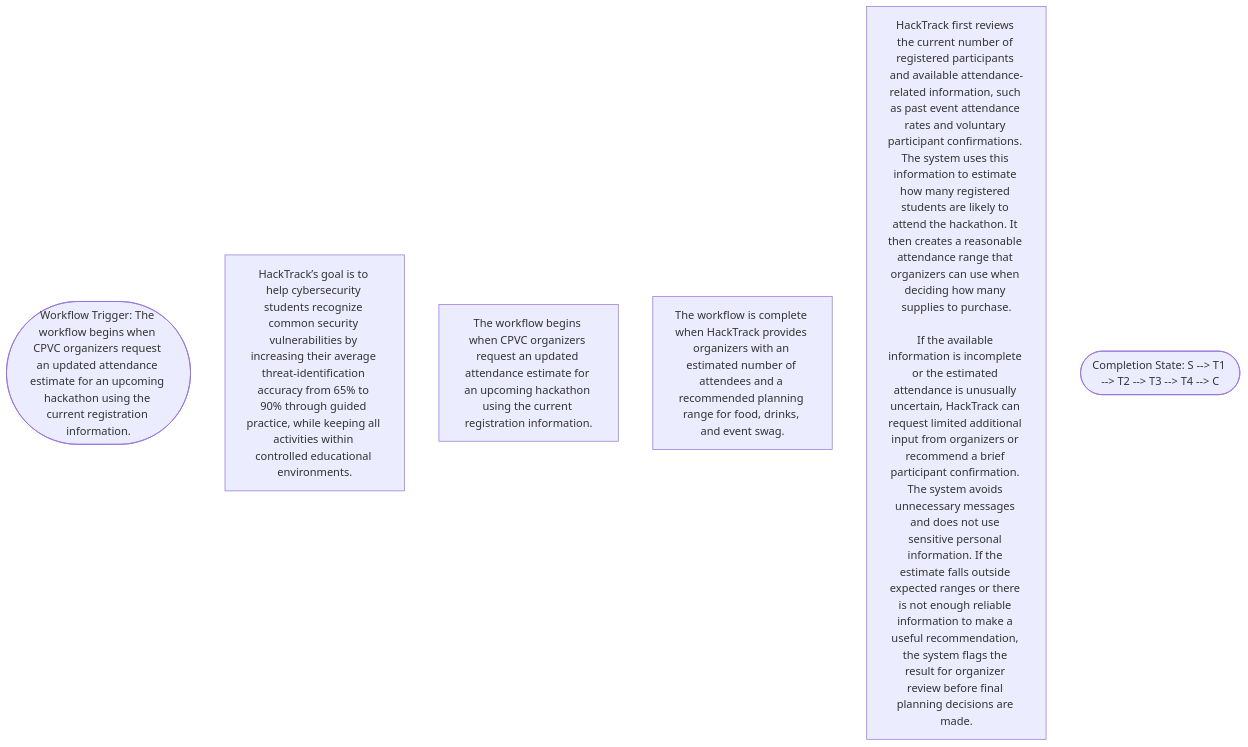
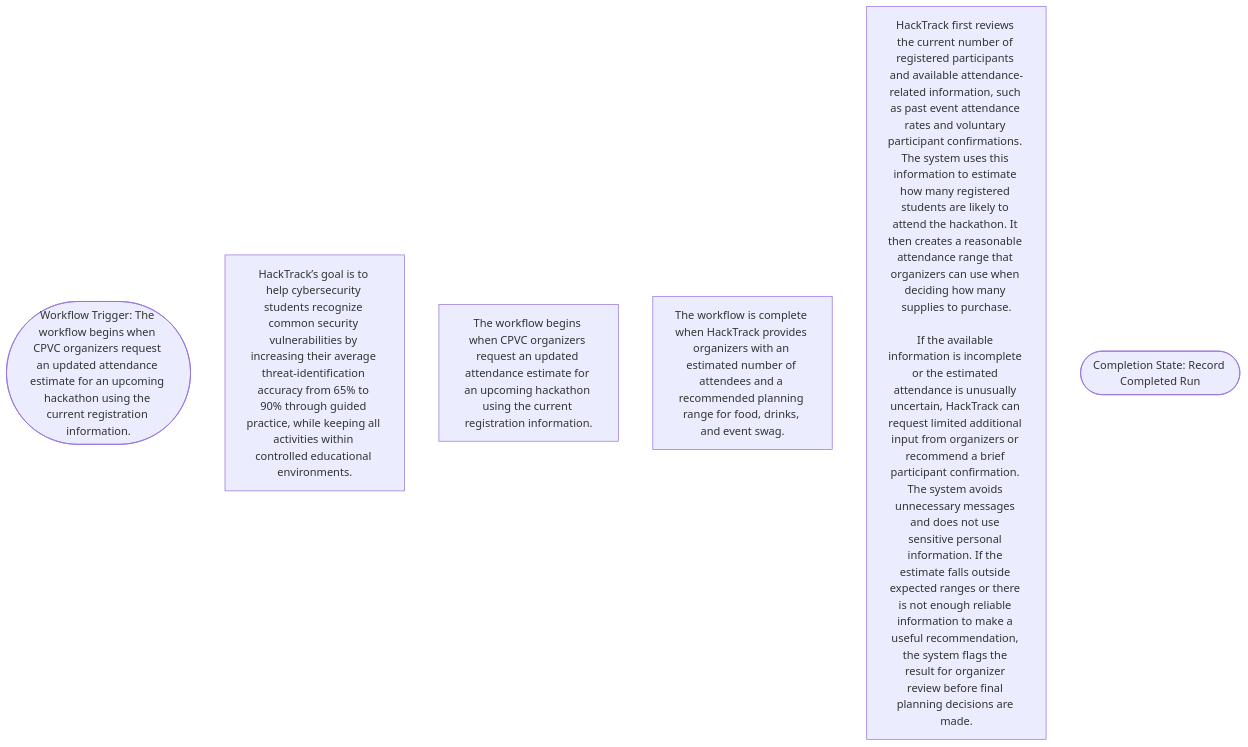
Before and after one commit to clairerobinson2023-coder/BUS4498_InClass_Builds.: the diagram in my_first_agent/agent/workflow-of-tasks.md, drawn with Mermaid.

Commit message:
Complete Friday Build 01 Part 1 goal

````diff
--- a/my_first_agent/agent/workflow-of-tasks.md
+++ b/my_first_agent/agent/workflow-of-tasks.md
@@ -23,11 +23,11 @@
 ```mermaid
 flowchart TD
 S(["Workflow Trigger: The workflow begins when CPVC organizers request an updated attendance estimate for an upcoming hackathon using the current registration information."])
     T1["HackTrack’s goal is to help cybersecurity students recognize common security vulnerabilities by increasing their average threat-identification accuracy from 65% to 90% through guided practice, while keeping all activities within controlled educational environments."]
     T2["The workflow begins when CPVC organizers request an updated attendance estimate for an upcoming hackathon using the current registration information."]
     T3["The workflow is complete when HackTrack provides organizers with an estimated number of attendees and a recommended planning range for food, drinks, and event swag."]
     T4["HackTrack first reviews the current number of registered participants and available attendance-related information, such as past event attendance rates and voluntary participant confirmations. The system uses this information to estimate how many registered students are likely to attend the hackathon. It then creates a reasonable attendance range that organizers can use when deciding how many supplies to purchase.
 
 If the available information is incomplete or the estimated attendance is unusually uncertain, HackTrack can request limited additional input from organizers or recommend a brief participant confirmation. The system avoids unnecessary messages and does not use sensitive personal information. If the estimate falls outside expected ranges or there is not enough reliable information to make a useful recommendation, the system flags the result for organizer review before final planning decisions are made."]
-    C(["Completion State: S --> T1 --> T2 --> T3 --> T4 --> C"])
+    C(["Completion State: Record Completed Run"])
 ```
````
